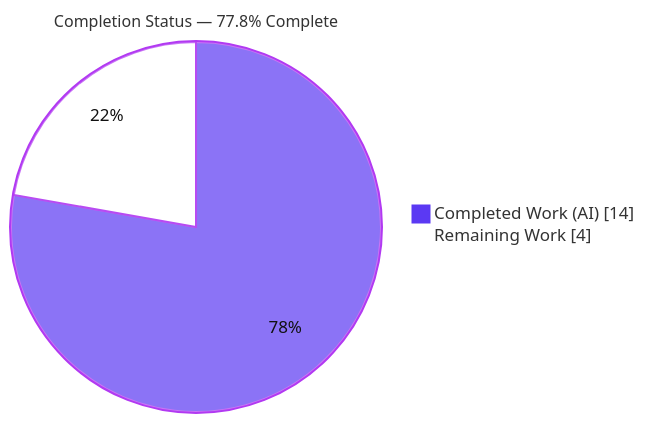
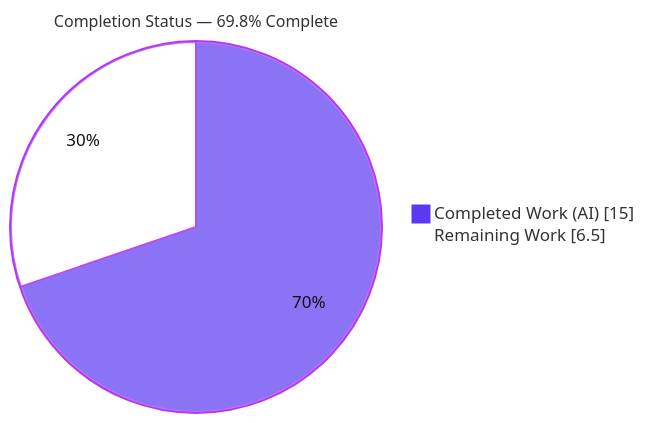
The first of 4 diagrams in blitzy/documentation/Project Guide.md (Sandeep02Kumar02/existing-projects-qa-test), drawn with Mermaid before and after one commit. The commit also changed other lines of this file, not shown here.

Commit message:
Adding Blitzy Project Guide: Project Status and Human Tasks Remaining

````diff
--- a/blitzy/documentation/Project Guide.md
+++ b/blitzy/documentation/Project Guide.md
@@ -21,6 +21,6 @@
 ```mermaid
 %%{init: {'theme':'base', 'themeVariables': {'pie1':'#5B39F3','pie2':'#FFFFFF','pieStrokeColor':'#B23AF2','pieOuterStrokeColor':'#B23AF2','pieTitleTextSize':'16px','pieSectionTextColor':'#111111','pieStrokeWidth':'2px'}}}%%
-pie showData title Completion Status — 77.8% Complete
-    "Completed Work (AI)" : 14
-    "Remaining Work" : 4
+pie showData title Completion Status — 69.8% Complete
+    "Completed Work (AI)" : 15
+    "Remaining Work" : 6.5
 ```
````
